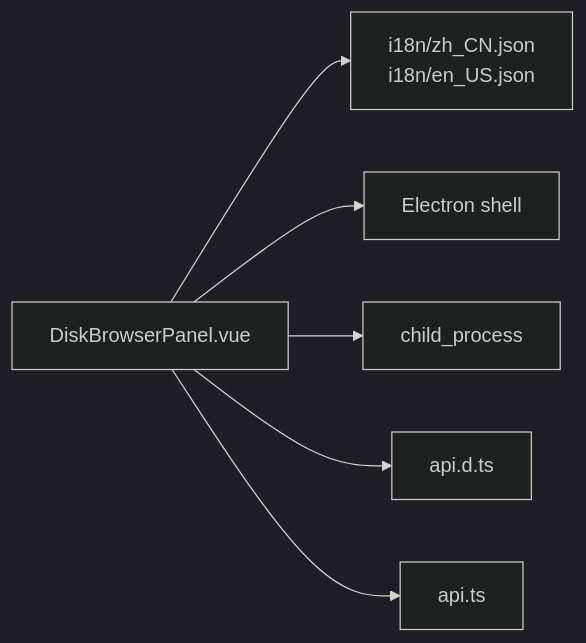
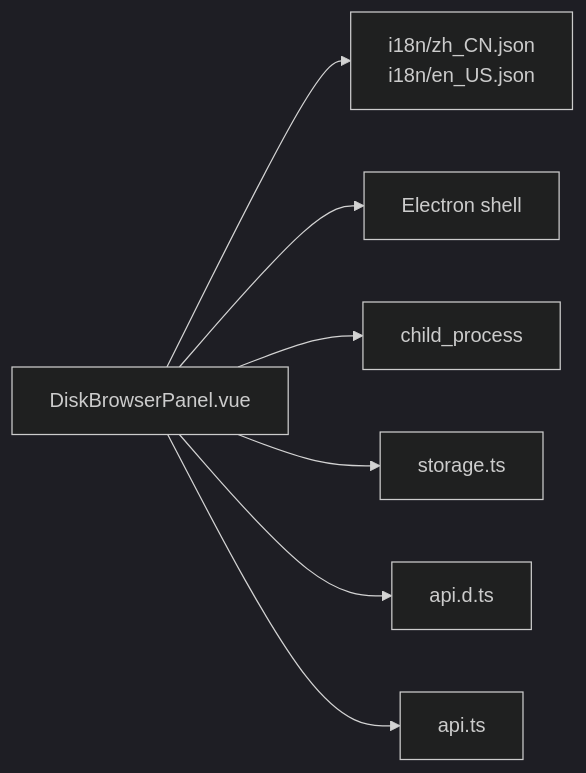
The seventh of 7 diagrams in .qoder/repowiki/zh/content/功能模块详解/磁盘浏览器.md (851039536/siyuanPluginVueSN), drawn with Mermaid (dark theme) before and after one commit. The commit also changed other lines of this file and 9 other files, not shown here.

````diff
--- a/.qoder/repowiki/zh/content/功能模块详解/磁盘浏览器.md
+++ b/.qoder/repowiki/zh/content/功能模块详解/磁盘浏览器.md
@@ -289,8 +375,9 @@
 ```mermaid
 graph LR
 Vue["DiskBrowserPanel.vue"] --> I18N["i18n/zh_CN.json<br/>i18n/en_US.json"]
 Vue --> Electron["Electron shell"]
 Vue --> ChildProc["child_process"]
+Vue --> Storage["storage.ts"]
 Vue --> Types["api.d.ts"]
 Vue --> API["api.ts"]
 ```
````
